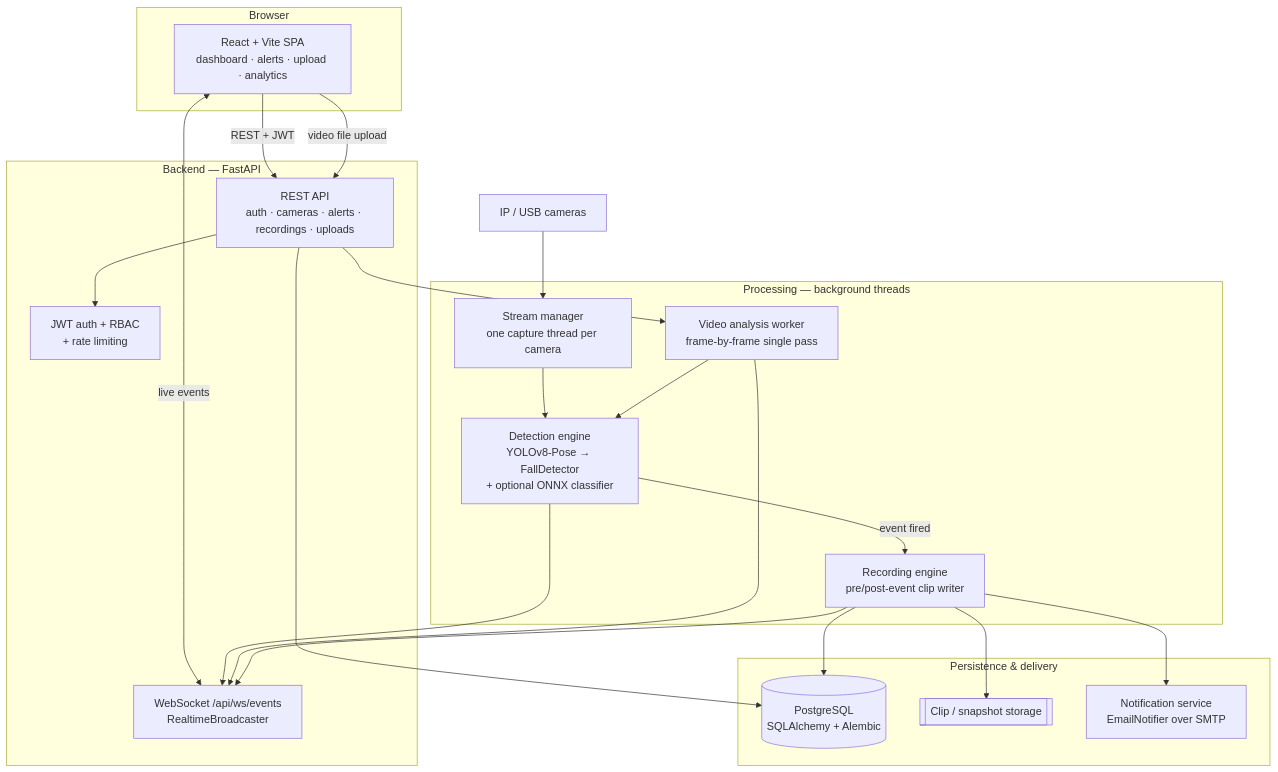
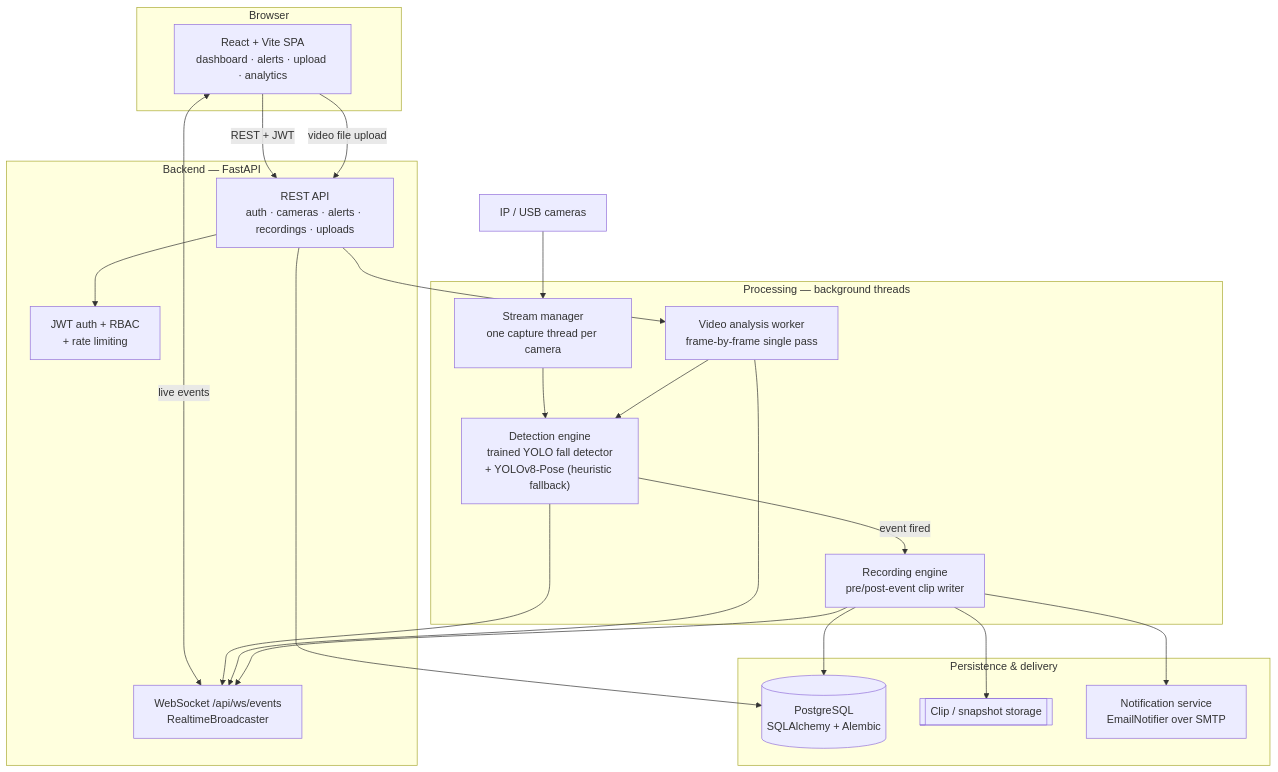
Before and after one commit to longlivewama/SentinelCam: the diagram in README.md, drawn with Mermaid. The commit also changed other lines of this file and 14 other files, not shown here.

````diff
--- a/README.md
+++ b/README.md
@@ -120,42 +126,42 @@
 ```mermaid
 flowchart TB
     subgraph client["Browser"]
         UI["React + Vite SPA<br/>dashboard · alerts · upload · analytics"]
     end
 
     subgraph api["Backend — FastAPI"]
         REST["REST API<br/>auth · cameras · alerts · recordings · uploads"]
         WS["WebSocket /api/ws/events<br/>RealtimeBroadcaster"]
         RBAC["JWT auth + RBAC<br/>+ rate limiting"]
     end
 
     subgraph workers["Processing — background threads"]
         STREAM["Stream manager<br/>one capture thread per camera"]
         UPLOAD["Video analysis worker<br/>frame-by-frame single pass"]
-        DET["Detection engine<br/>YOLOv8-Pose → FallDetector<br/>+ optional ONNX classifier"]
+        DET["Detection engine<br/>trained YOLO fall detector<br/>+ YOLOv8-Pose (heuristic fallback)"]
         REC["Recording engine<br/>pre/post-event clip writer"]
     end
 
     subgraph data["Persistence & delivery"]
         DB[("PostgreSQL<br/>SQLAlchemy + Alembic")]
         FS[["Clip / snapshot storage"]]
         MAIL["Notification service<br/>EmailNotifier over SMTP"]
     end
 
     CAM["IP / USB cameras"] --> STREAM
     UI -->|"REST + JWT"| REST
     UI <-->|"live events"| WS
     UI -->|"video file upload"| REST
     REST --> RBAC
     REST --> UPLOAD
     STREAM --> DET
     UPLOAD --> DET
     DET -->|"event fired"| REC
     REC --> FS
     REC --> DB
     REC --> MAIL
     REST --> DB
     DET --> WS
     UPLOAD --> WS
     REC --> WS
 ```
````
